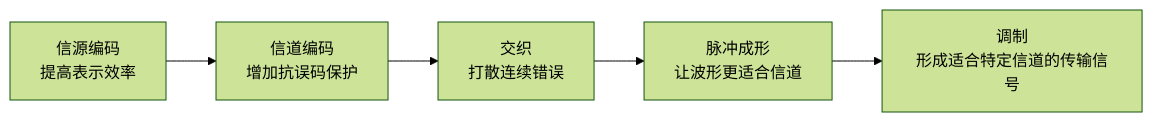
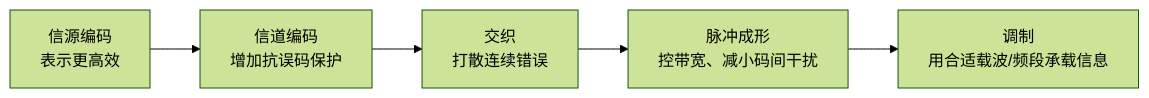
One commit to 74262195/system-architect-notes changed the diagram in 01_综合知识/01_计算机系统基础知识/03_计算机网络/02_数据通信与交换/信号变换处理链.md. Above: the diagram before and after it, drawn with Mermaid (forest theme). The commit also changed other lines of this file, not shown here.

````diff
--- a/01_综合知识/01_计算机系统基础知识/03_计算机网络/02_数据通信与交换/信号变换处理链.md
+++ b/01_综合知识/01_计算机系统基础知识/03_计算机网络/02_数据通信与交换/信号变换处理链.md
@@ -56,7 +51,7 @@
 ```mermaid
 flowchart LR
-  A[信源编码<br/>提高表示效率] --> B[信道编码<br/>增加抗误码保护]
+  A[信源编码<br/>表示更高效] --> B[信道编码<br/>增加抗误码保护]
   B --> C[交织<br/>打散连续错误]
-  C --> D[脉冲成形<br/>让波形更适合信道]
-  D --> E[调制<br/>形成适合特定信道的传输信号]
+  C --> D[脉冲成形<br/>控带宽、减小码间干扰]
+  D --> E[调制<br/>用合适载波/频段承载信息]
 ```
````
